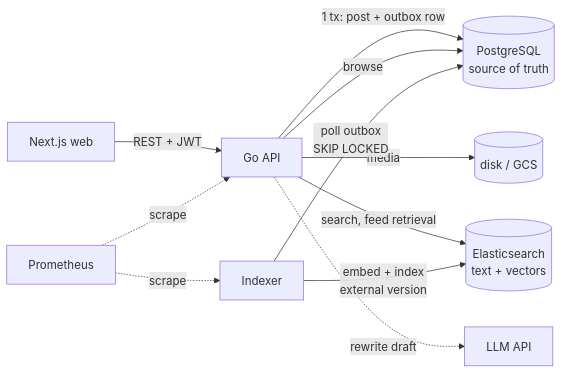
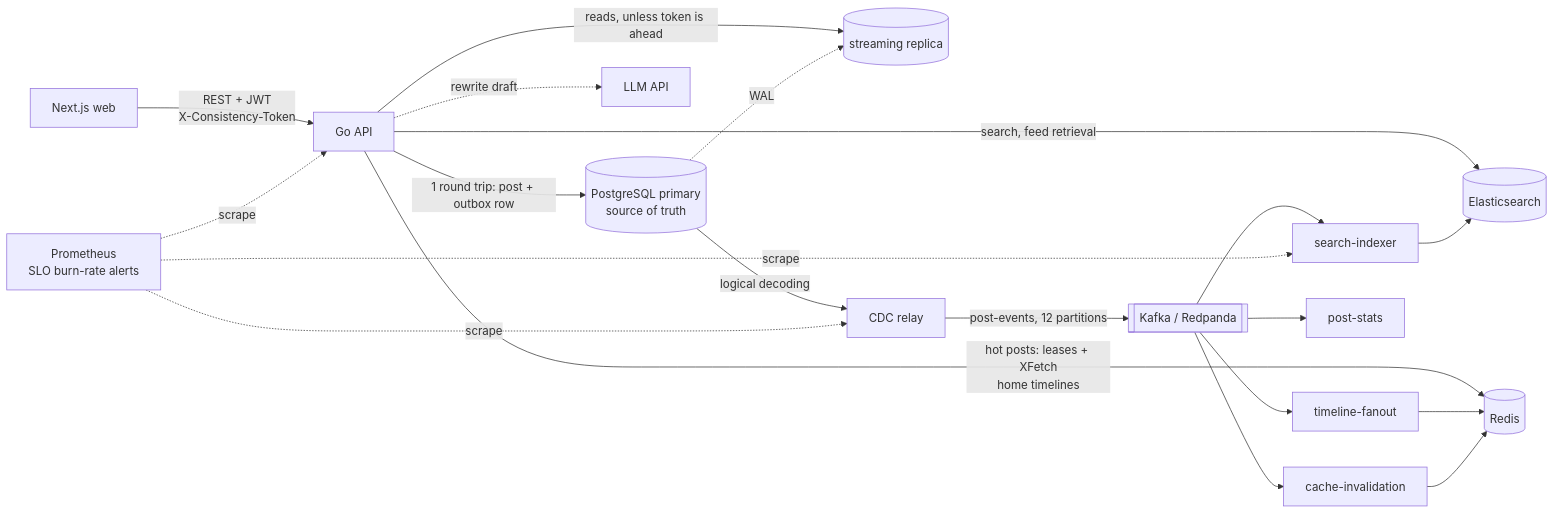
The diagram in README.md (luyuyang34-afk/networkai), drawn with Mermaid before and after one commit. The commit also changed other lines of this file and 5 other files, not shown here.

````diff
--- a/README.md
+++ b/README.md
@@ -21,12 +21,17 @@
 ```mermaid
 flowchart LR
-    W[Next.js web] -->|REST + JWT| API[Go API]
-    API -->|"1 tx: post + outbox row"| PG[(PostgreSQL<br/>source of truth)]
-    API -->|media| OBJ[(disk / GCS)]
-    API -->|browse| PG
-    API -->|search, feed retrieval| ES[(Elasticsearch<br/>text + vectors)]
+    W[Next.js web] -->|REST + JWT<br/>X-Consistency-Token| API[Go API]
+    API -->|"1 round trip: post + outbox row"| PG[(PostgreSQL primary<br/>source of truth)]
+    API -->|reads, unless token is ahead| RP[(streaming replica)]
+    PG -.->|WAL| RP
+    API -->|hot posts: leases + XFetch<br/>home timelines| R[(Redis)]
+    API -->|search, feed retrieval| ES[(Elasticsearch)]
     API -.->|rewrite draft| LLM[LLM API]
-    IDX[Indexer] -->|poll outbox<br/>SKIP LOCKED| PG
-    IDX -->|embed + index<br/>external version| ES
-    P[Prometheus] -.->|scrape| API & IDX
+    PG -->|logical decoding| RL[CDC relay]
+    RL -->|post-events, 12 partitions| K[[Kafka / Redpanda]]
+    K --> C1[search-indexer] --> ES
+    K --> C2[timeline-fanout] --> R
+    K --> C3[post-stats]
+    K --> C4[cache-invalidation] --> R
+    P[Prometheus<br/>SLO burn-rate alerts] -.->|scrape| API & RL & C1
 ```
````
